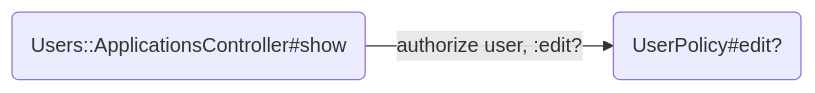
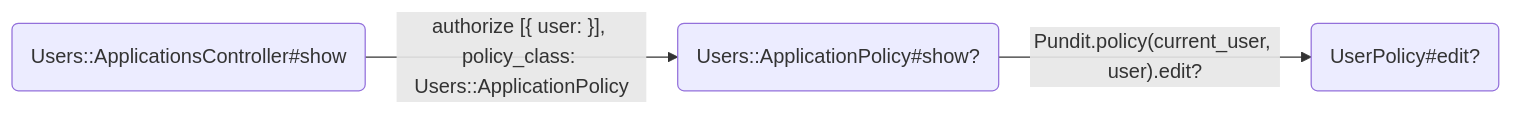
One commit to alphagov/signon changed the sixth of 12 diagrams in docs/access_and_permissions.md. Above: the diagram before and after it, drawn with Mermaid. The commit also changed other lines of this file and 3 other files, not shown here.

First line of the commit message:
Use application policy in users apps controller

````diff
--- a/docs/access_and_permissions.md
+++ b/docs/access_and_permissions.md
@@ -171,4 +171,5 @@
 ```mermaid
 flowchart LR
-    A(Users::ApplicationsController#show) --authorize user, :edit?--> B(UserPolicy#edit?)
+    A(Users::ApplicationsController#show) --authorize [{ user: }], policy_class: Users::ApplicationPolicy--> B(Users::ApplicationPolicy#show?)
+    B --Pundit.policy(current_user, user).edit?--> C(UserPolicy#edit?)
 ```
````
